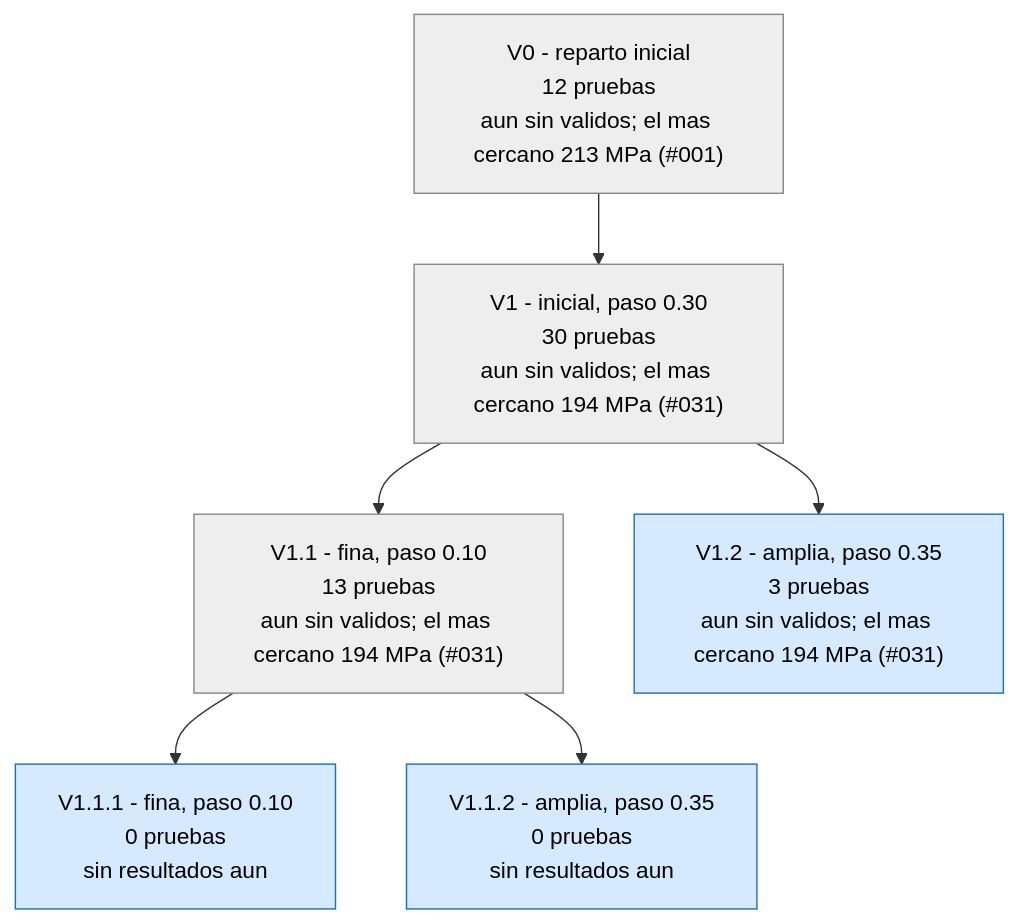
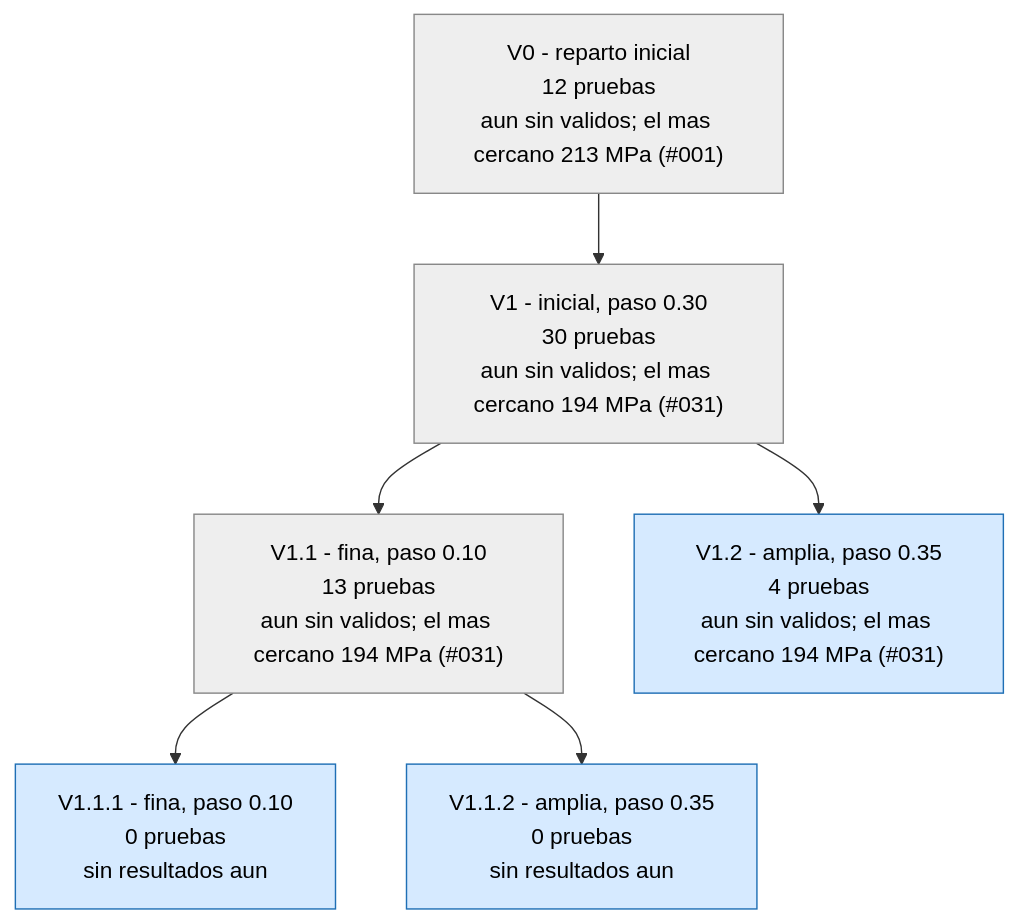
The first of 3 diagrams in runs/opt_37800N/ARBOL.md (Hugiko/msd-soporte-optimizacion), drawn with Mermaid before and after one commit. The commit also changed 20 other files, not shown here.

````diff
--- a/runs/opt_37800N/ARBOL.md
+++ b/runs/opt_37800N/ARBOL.md
@@ -9,17 +9,17 @@
 ```mermaid
 graph TD
 classDef activa fill:#d6eaff,stroke:#1f6fb5,color:#000
 classDef fin fill:#eeeeee,stroke:#888,color:#000
 classDef mejor fill:#c8f0c0,stroke:#1a9850,stroke-width:4px,color:#000
 V0["V0 - reparto inicial<br/>12 pruebas<br/>aun sin validos; el mas cercano 213 MPa (#001)"]:::fin
 V1["V1 - inicial, paso 0.30<br/>30 pruebas<br/>aun sin validos; el mas cercano 194 MPa (#031)"]:::fin
 V0 --> V1
 V1_1["V1.1 - fina, paso 0.10<br/>13 pruebas<br/>aun sin validos; el mas cercano 194 MPa (#031)"]:::fin
 V1 --> V1_1
-V1_2["V1.2 - amplia, paso 0.35<br/>3 pruebas<br/>aun sin validos; el mas cercano 194 MPa (#031)"]:::activa
+V1_2["V1.2 - amplia, paso 0.35<br/>4 pruebas<br/>aun sin validos; el mas cercano 194 MPa (#031)"]:::activa
 V1 --> V1_2
 V1_1_1["V1.1.1 - fina, paso 0.10<br/>0 pruebas<br/>sin resultados aun"]:::activa
 V1_1 --> V1_1_1
 V1_1_2["V1.1.2 - amplia, paso 0.35<br/>0 pruebas<br/>sin resultados aun"]:::activa
 V1_1 --> V1_1_2
 ```
````
